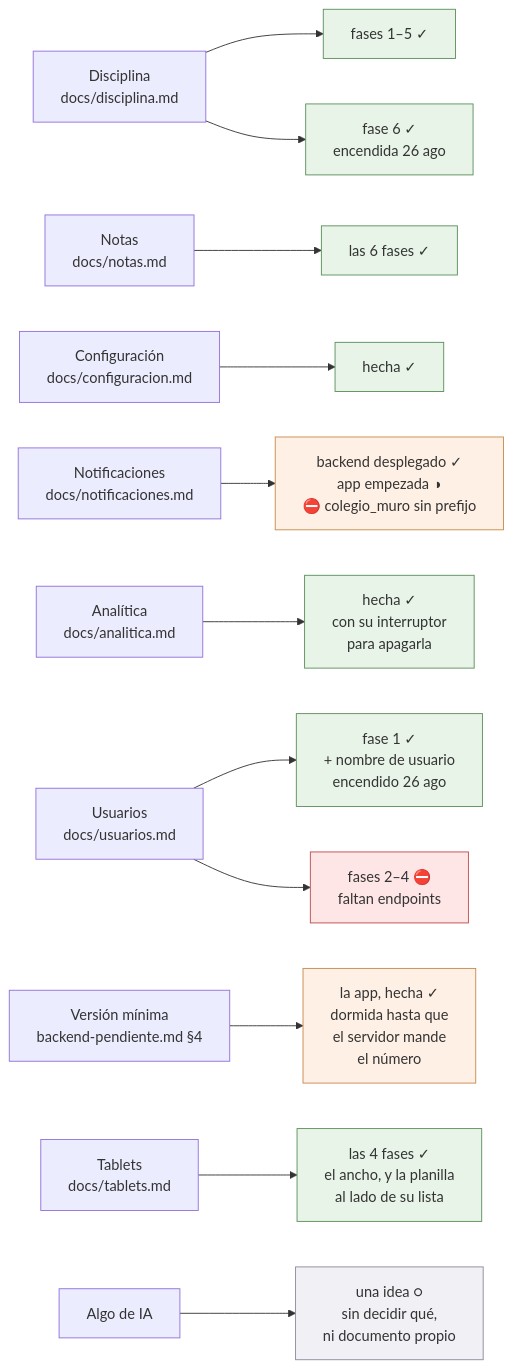
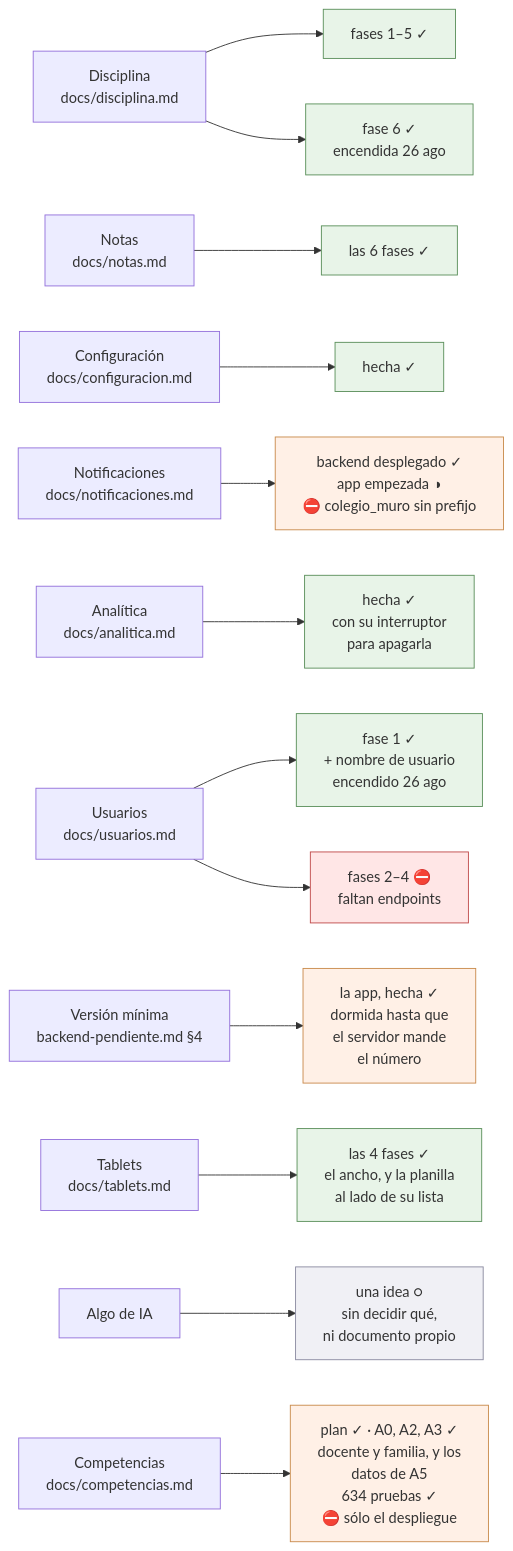
The diagram in docs/estado.md (bluesky777/myvc_flutter), drawn with Mermaid before and after one commit. The commit also changed other lines of this file and 3 other files, not shown here.

````diff
--- a/docs/estado.md
+++ b/docs/estado.md
@@ -45,26 +71,28 @@
 ```mermaid
 flowchart LR
     D["Disciplina<br/>docs/disciplina.md"] --> D5["fases 1–5 ✓"]
     D --> D6["fase 6 ✓<br/>encendida 26 ago"]
     N["Notas<br/>docs/notas.md"] --> N4["las 6 fases ✓"]
     C["Configuración<br/>docs/configuracion.md"] --> C0["hecha ✓"]
     P["Notificaciones<br/>docs/notificaciones.md"] --> P0["backend desplegado ✓<br/>app empezada ◑<br/>⛔ colegio_muro sin prefijo"]
     A["Analítica<br/>docs/analitica.md"] --> A0["hecha ✓<br/>con su interruptor<br/>para apagarla"]
     U["Usuarios<br/>docs/usuarios.md"] --> U1["fase 1 ✓<br/>+ nombre de usuario<br/>encendido 26 ago"]
     U --> U2["fases 2–4 ⛔<br/>faltan endpoints"]
     V["Versión mínima<br/>backend-pendiente.md §4"] --> V1["la app, hecha ✓<br/>dormida hasta que<br/>el servidor mande<br/>el número"]
     T["Tablets<br/>docs/tablets.md"] --> T0["las 4 fases ✓<br/>el ancho, y la planilla<br/>al lado de su lista"]
     I["Algo de IA"] --> I0["una idea ○<br/>sin decidir qué,<br/>ni documento propio"]
+    K["Competencias<br/>docs/competencias.md"] --> K0["plan ✓ · A0, A2, A3 ✓<br/>docente y familia, y los<br/>datos de A5<br/>634 pruebas ✓<br/>⛔ sólo el despliegue"]
 
     style D5 fill:#e8f4e8,stroke:#5a8f5a
     style N4 fill:#e8f4e8,stroke:#5a8f5a
     style D6 fill:#e8f4e8,stroke:#5a8f5a
     style P0 fill:#fff0e6,stroke:#c98a4b
     style C0 fill:#e8f4e8,stroke:#5a8f5a
     style A0 fill:#e8f4e8,stroke:#5a8f5a
     style U1 fill:#e8f4e8,stroke:#5a8f5a
     style U2 fill:#ffe6e6,stroke:#c04b4b
     style V1 fill:#fff0e6,stroke:#c98a4b
     style T0 fill:#e8f4e8,stroke:#5a8f5a
     style I0 fill:#f0f0f5,stroke:#8a8aa0
+    style K0 fill:#fff0e6,stroke:#c98a4b
 ```
````
